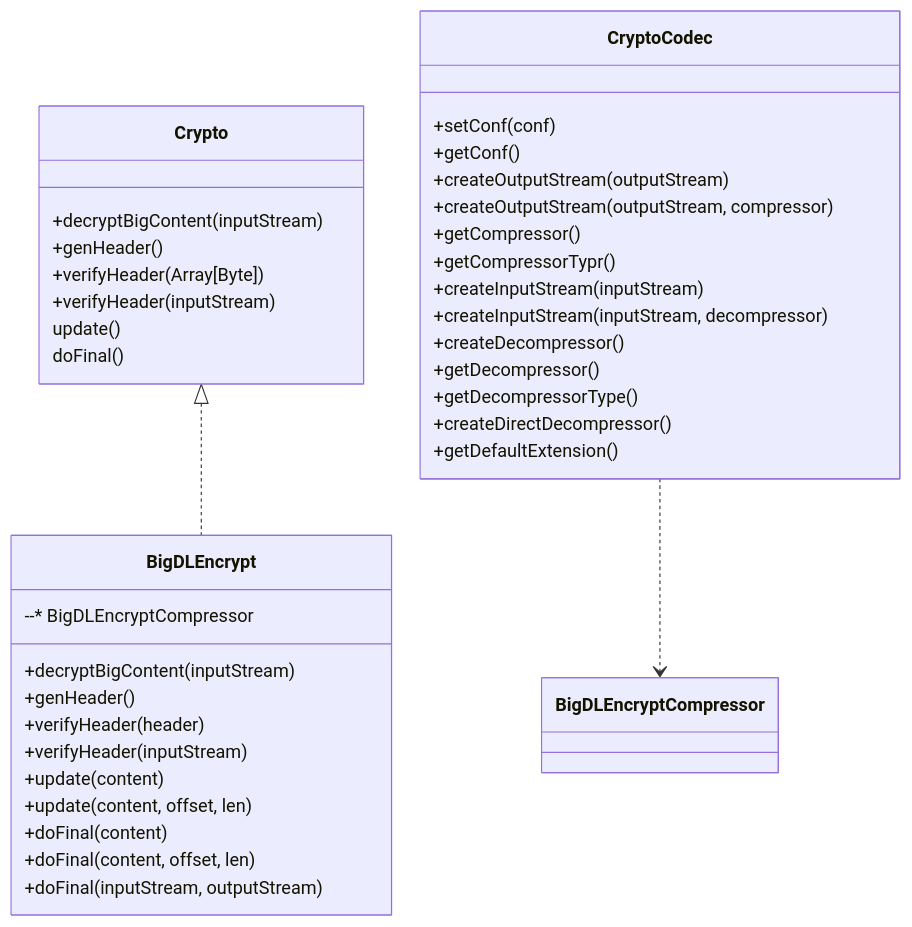
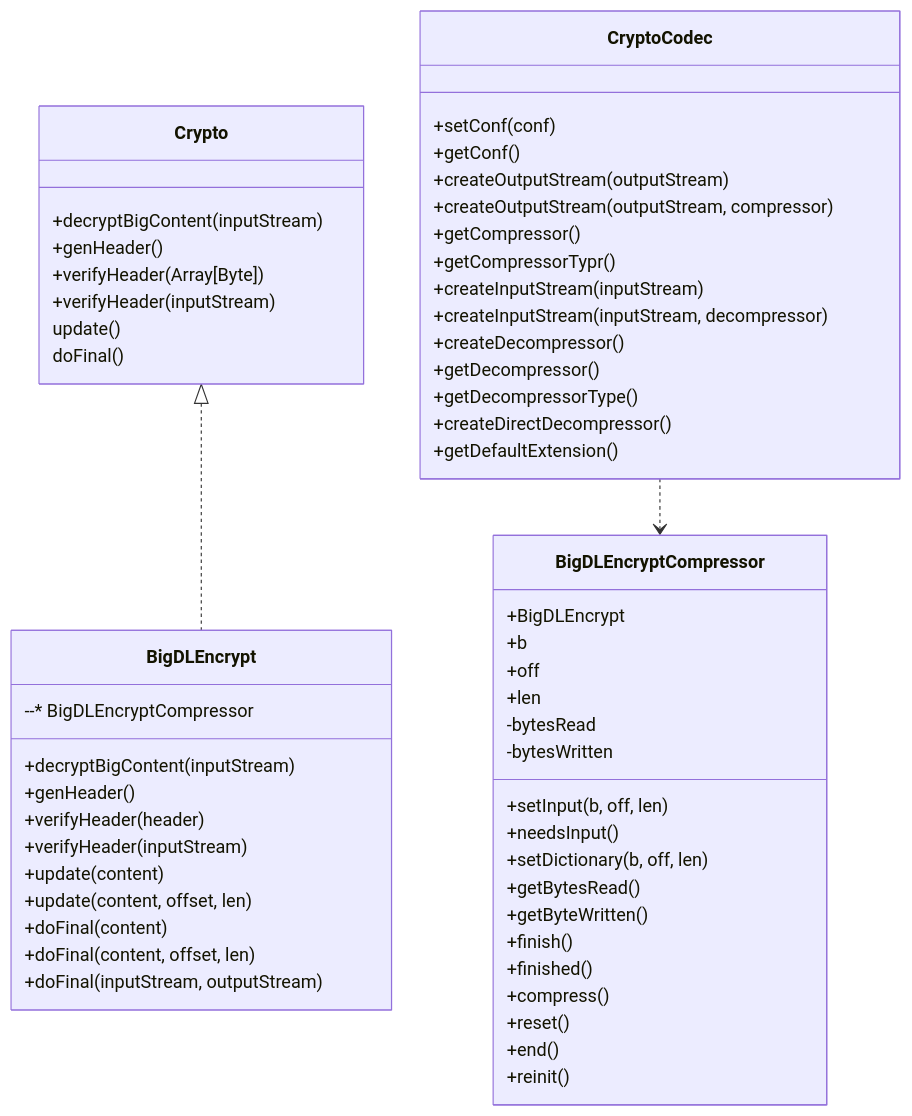
Before and after one commit to intel-analytics/ipex-llm: the diagram in scala/ppml/src/main/scala/com/intel/analytics/bigdl/ppml/crypto/README.md, drawn with Mermaid.

````diff
--- a/scala/ppml/src/main/scala/com/intel/analytics/bigdl/ppml/crypto/README.md
+++ b/scala/ppml/src/main/scala/com/intel/analytics/bigdl/ppml/crypto/README.md
@@ -1,42 +1,59 @@
 ```mermaid
 classDiagram
 
     Crypto <|.. BigDLEncrypt
     Crypto: +decryptBigContent(inputStream)
     Crypto: +genHeader()
     Crypto: +verifyHeader(Array[Byte])
     Crypto: +verifyHeader(inputStream)
     Crypto: update()
     Crypto: doFinal()
 
     BigDLEncrypt: --* BigDLEncryptCompressor
     BigDLEncrypt: +decryptBigContent(inputStream)
     BigDLEncrypt: +genHeader()
     BigDLEncrypt: +verifyHeader(header)
     BigDLEncrypt: +verifyHeader(inputStream)
     BigDLEncrypt: +update(content)
     BigDLEncrypt: +update(content, offset, len)
     BigDLEncrypt: +doFinal(content)
     BigDLEncrypt: +doFinal(content, offset, len)
     BigDLEncrypt: +doFinal(inputStream, outputStream)
 
 
     CryptoCodec ..> BigDLEncryptCompressor
     CryptoCodec: +setConf(conf)
     CryptoCodec: +getConf()
     CryptoCodec: +createOutputStream(outputStream)
     CryptoCodec: +createOutputStream(outputStream, compressor)
     CryptoCodec: +getCompressor()
     CryptoCodec: +getCompressorTypr()
     CryptoCodec: +createInputStream(inputStream)
     CryptoCodec: +createInputStream(inputStream, decompressor)
     CryptoCodec: +createDecompressor()
     CryptoCodec: +getDecompressor()
     CryptoCodec: +getDecompressorType()
     CryptoCodec: +createDirectDecompressor()
     CryptoCodec: +getDefaultExtension()
 
+    BigDLEncryptCompressor: +BigDLEncrypt
+    BigDLEncryptCompressor: +b
+    BigDLEncryptCompressor: +off
+    BigDLEncryptCompressor: +len
+    BigDLEncryptCompressor: -bytesRead
+    BigDLEncryptCompressor: -bytesWritten
+    BigDLEncryptCompressor: +setInput(b, off, len)
+    BigDLEncryptCompressor: +needsInput()
+    BigDLEncryptCompressor: +setDictionary(b, off, len)
+    BigDLEncryptCompressor: +getBytesRead()
+    BigDLEncryptCompressor: +getByteWritten()
+    BigDLEncryptCompressor: +finish()
+    BigDLEncryptCompressor: +finished()
+    BigDLEncryptCompressor: +compress()
+    BigDLEncryptCompressor: +reset()
+    BigDLEncryptCompressor: +end()
+    BigDLEncryptCompressor: +reinit()
 
 
 
 ```
````
